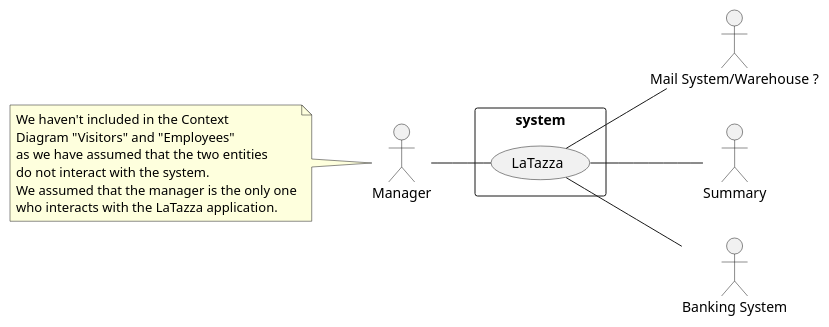
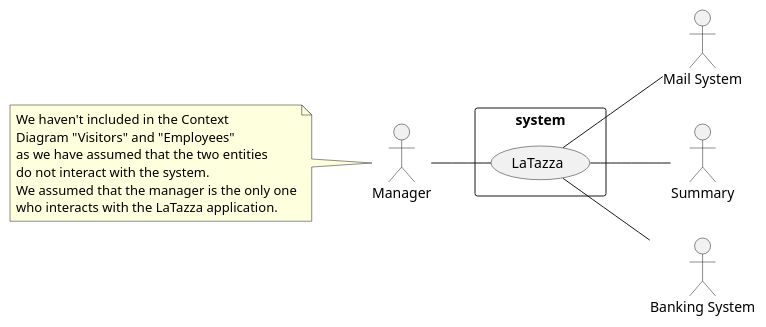
Before and after one commit to DarkSee/LaTazza: the first of 4 diagrams in templates/RequirementsTemplate.md, drawn with PlantUML. The commit also changed other lines of this file, not shown here.

````diff
--- a/templates/RequirementsTemplate.md
+++ b/templates/RequirementsTemplate.md
@@ -55,30 +55,30 @@
 ```plantuml
 left to right direction
 skinparam packageStyle rectangle
 
 actor Manager as M
 note left
         We haven't included in the Context
         Diagram "Visitors" and "Employees" 
         as we have assumed that the two entities
         do not interact with the system.
         We assumed that the manager is the only one
         who interacts with the LaTazza application.
 end note
 
-actor "Mail System/Warehouse ?" as W
+actor "Mail System" as MS
 actor Summary as S
 actor "Banking System" as BS
 
 
 rectangle system {
   (LaTazza) as LT
    M -- LT
    LT -- S
-   LT -- W
+   LT -- MS
    LT -- BS
     
 }
 
 
 ```
````
